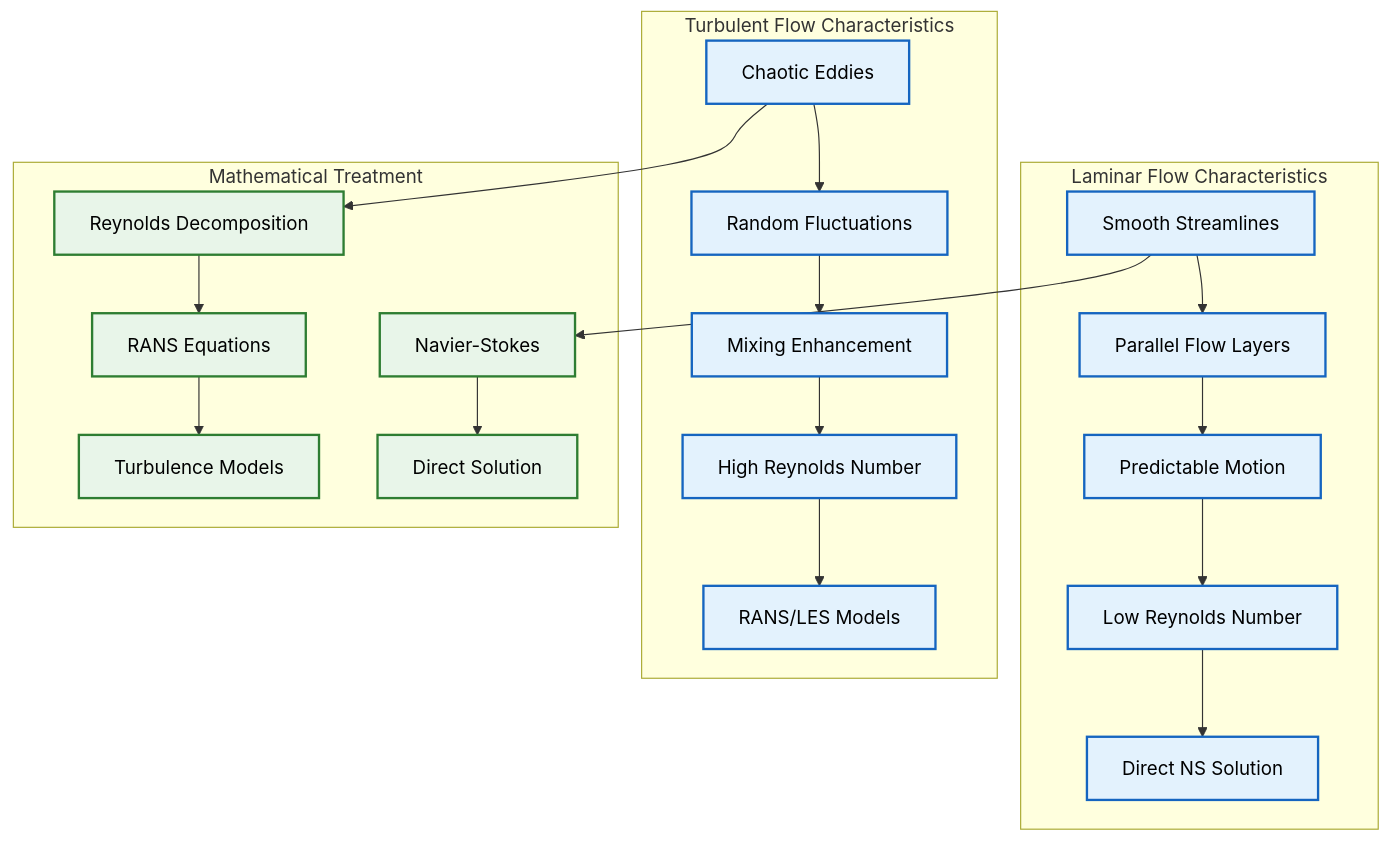
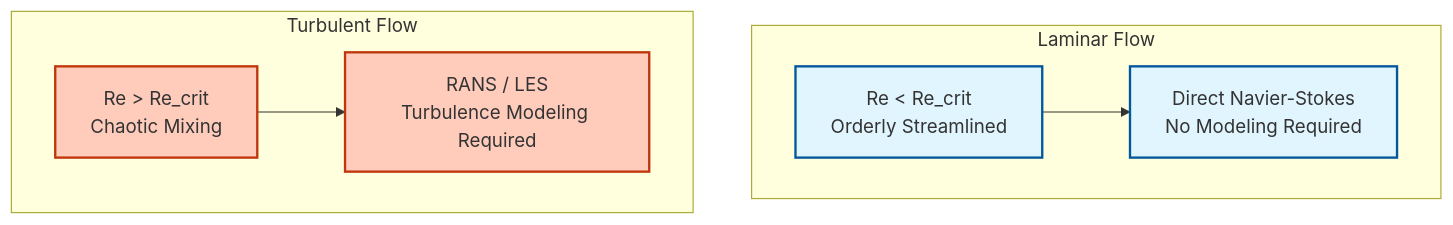
The fourth of 4 diagrams in MODULE_01_CFD_FUNDAMENTALS/CONTENT/01_GOVERNING_EQUATIONS/01_Introduction.md (wramet/build-my-cfd), drawn with Mermaid before and after one commit. The commit also changed other lines of this file and 313 other files, not shown here.

Commit message:
Revise all diagram

````diff
--- a/MODULE_01_CFD_FUNDAMENTALS/CONTENT/01_GOVERNING_EQUATIONS/01_Introduction.md
+++ b/MODULE_01_CFD_FUNDAMENTALS/CONTENT/01_GOVERNING_EQUATIONS/01_Introduction.md
@@ -514,33 +507,17 @@
 ```mermaid
-graph TD
-    subgraph "Laminar Flow Characteristics"
-        A["Smooth Streamlines"] --> B["Parallel Flow Layers"]
-        B --> C["Predictable Motion"]
-        C --> D["Low Reynolds Number"]
-        D --> E["Direct NS Solution"]
-    end
+graph TB
+classDef implicit fill:#e1f5fe,stroke:#01579b,stroke-width:2px
+classDef explicit fill:#ffccbc,stroke:#bf360c,stroke-width:2px
+classDef context fill:#f5f5f5,stroke:#616161,stroke-width:2px
+subgraph Laminar["Laminar Flow"]
+    L_Char["Re < Re_crit<br/>Orderly Streamlined"]:::implicit
+    L_Math["Direct Navier-Stokes<br/>No Modeling Required"]:::implicit
+    L_Char --> L_Math
+end
 
-    subgraph "Turbulent Flow Characteristics"
-        F["Chaotic Eddies"] --> G["Random Fluctuations"]
-        G --> H["Mixing Enhancement"]
-        H --> I["High Reynolds Number"]
-        I --> J["RANS/LES Models"]
-    end
-
-    subgraph "Mathematical Treatment"
-        K["Navier-Stokes"] --> L["Direct Solution"]
-        M["Reynolds Decomposition"] --> N["RANS Equations"]
-        N --> O["Turbulence Models"]
-    end
-
-    A --> K
-    F --> M
-
-    classDef process fill:#e3f2fd,stroke:#1565c0,stroke-width:2px,color:#000;
-    classDef decision fill:#fff9c4,stroke:#fbc02d,stroke-width:2px,color:#000;
-    classDef terminator fill:#ffebee,stroke:#c62828,stroke-width:2px,color:#000;
-    classDef storage fill:#e8f5e9,stroke:#2e7d32,stroke-width:2px,color:#000;
-
-    class A,B,C,D,E,F,G,H,I,J process;
-    class K,L,M,N,O storage
+subgraph Turbulent["Turbulent Flow"]
+    T_Char["Re > Re_crit<br/>Chaotic Mixing"]:::explicit
+    T_Math["RANS / LES<br/>Turbulence Modeling Required"]:::explicit
+    T_Char --> T_Math
+end
 ```
````
